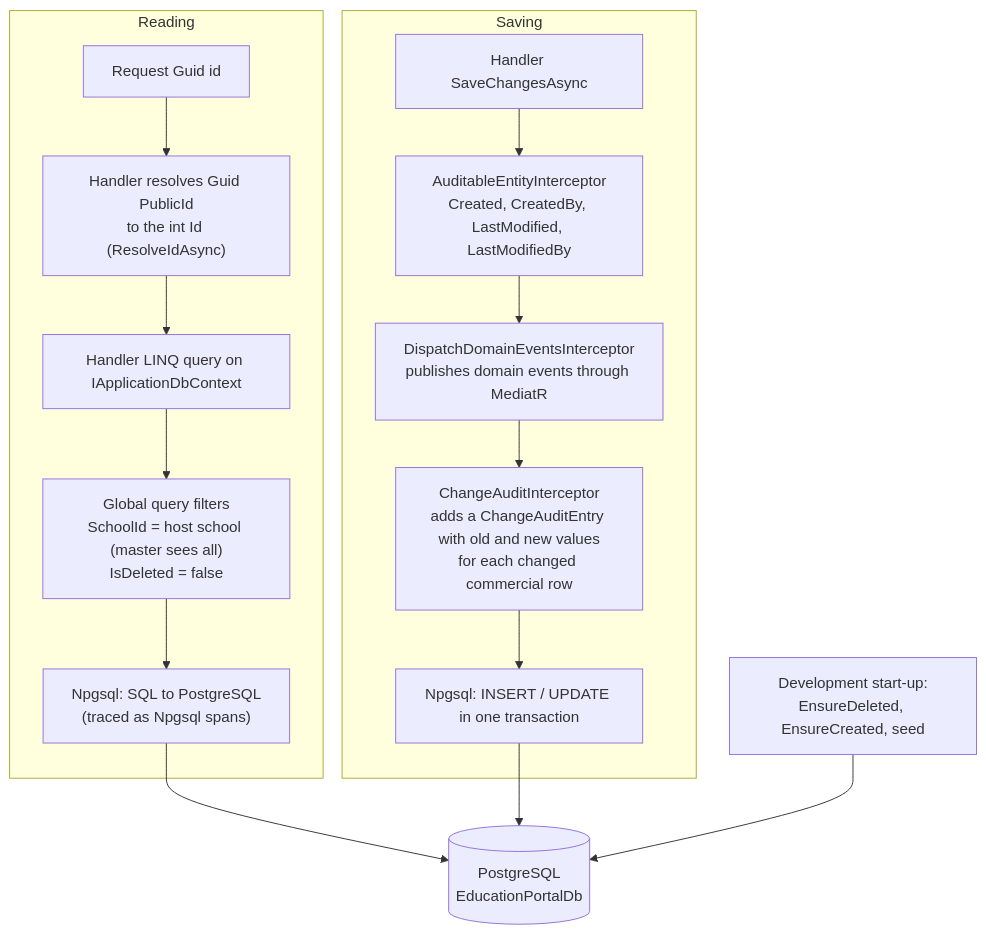
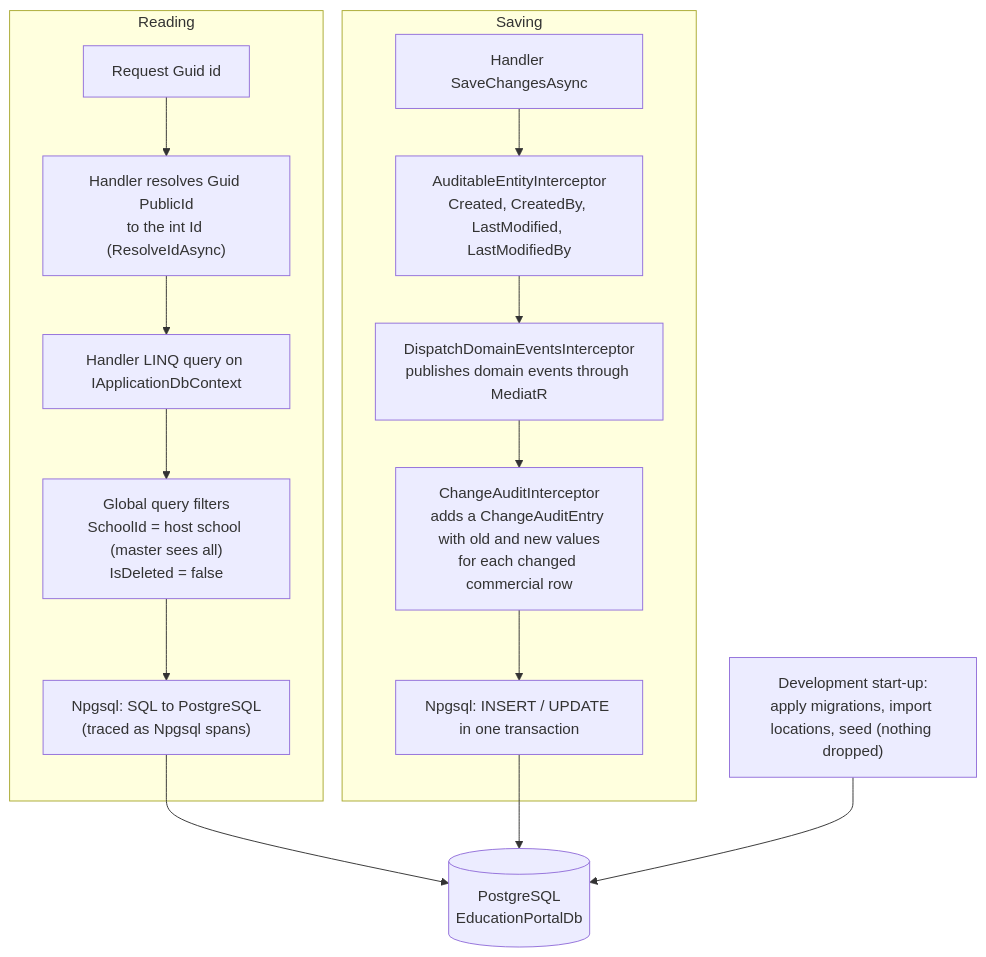
One commit to ahmedshahjr/Education-Portal changed diagram 12 of 21 in README.md. Above: the diagram before and after it, drawn with Mermaid. The commit also changed other lines of this file and 76 other files, not shown here.

Commit message:
added campus flow

````diff
--- a/README.md
+++ b/README.md
@@ -662,18 +662,18 @@
 ```mermaid
 flowchart TB
     subgraph read["Reading"]
         guid["Request Guid id"] --> resolve["Handler resolves Guid PublicId<br/>to the int Id (ResolveIdAsync)"]
         resolve --> q
         q["Handler LINQ query on IApplicationDbContext"] --> filters["Global query filters<br/>SchoolId = host school (master sees all)<br/>IsDeleted = false"]
         filters --> npgsqlR["Npgsql: SQL to PostgreSQL<br/>(traced as Npgsql spans)"]
     end
     subgraph write["Saving"]
         s["Handler SaveChangesAsync"] --> audit["AuditableEntityInterceptor<br/>Created, CreatedBy, LastModified, LastModifiedBy"]
         audit --> events["DispatchDomainEventsInterceptor<br/>publishes domain events through MediatR"]
         events --> changes["ChangeAuditInterceptor<br/>adds a ChangeAuditEntry with old and new values<br/>for each changed commercial row"]
         changes --> npgsqlW["Npgsql: INSERT / UPDATE in one transaction"]
     end
     npgsqlR --> pg[("PostgreSQL<br/>EducationPortalDb")]
     npgsqlW --> pg
-    init["Development start-up:<br/>EnsureDeleted, EnsureCreated, seed"] --> pg
+    init["Development start-up:<br/>apply migrations, import locations, seed (nothing dropped)"] --> pg
 ```
````
